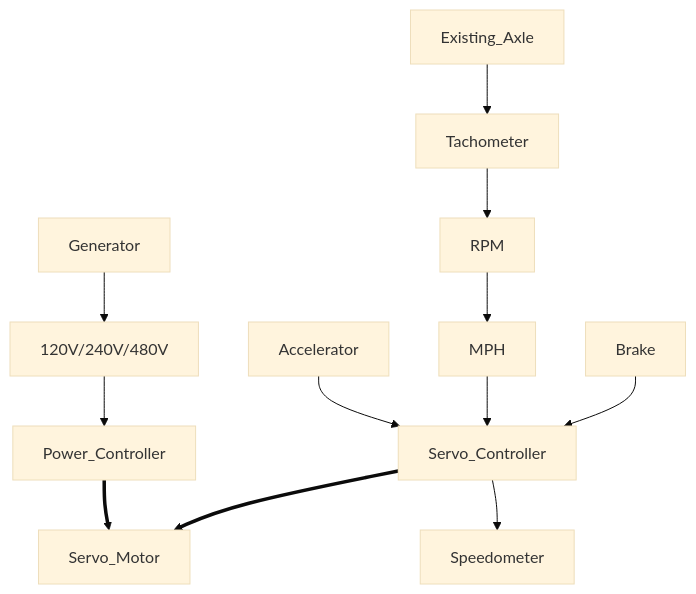
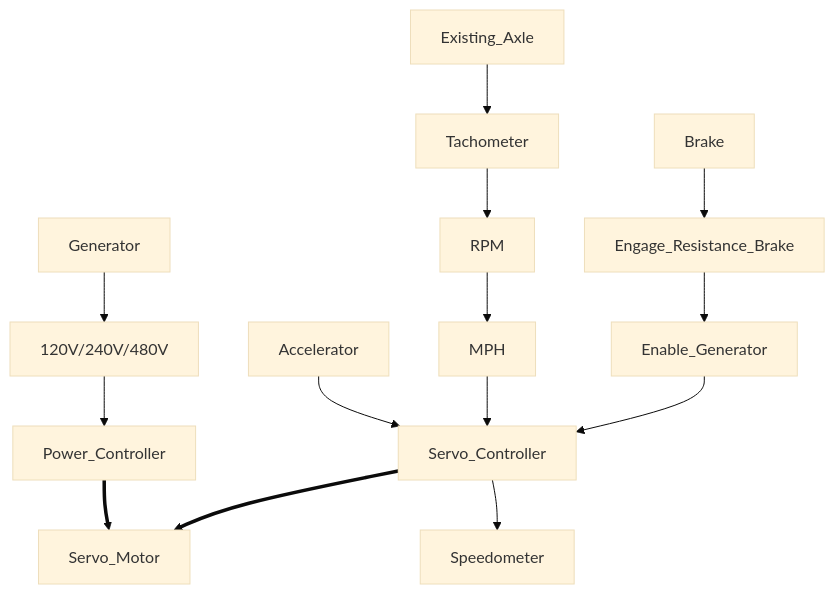
Before and after one commit to gleatd01/Linear-Hybrid-Conversion: the diagram in README.md, drawn with Mermaid (base theme).

````diff
--- a/README.md
+++ b/README.md
@@ -20,8 +20,8 @@
 ```mermaid
 graph TD;
     Generator-->120V/240V/480V-->Power_Controller==>Servo_Motor;
     Accelerator-->Servo_Controller==>Servo_Motor;
     Existing_Axle-->Tachometer-->RPM-->MPH-->Servo_Controller;
-    Brake-->Servo_Controller;
+    Brake-->Engage_Resistance_Brake-->Enable_Generator-->Servo_Controller;
     Servo_Controller-->Speedometer;
 ```
````
